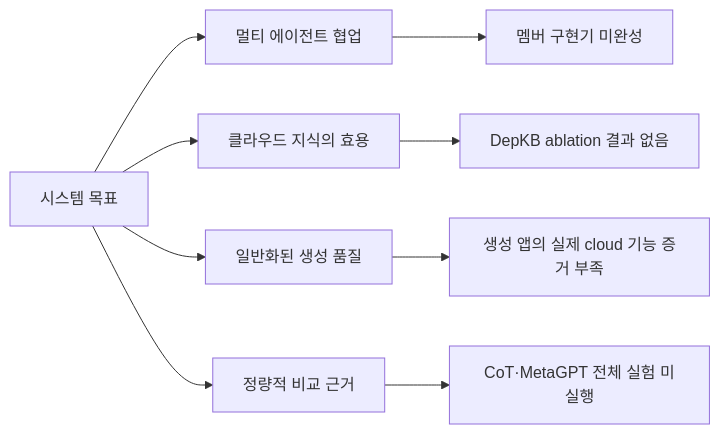
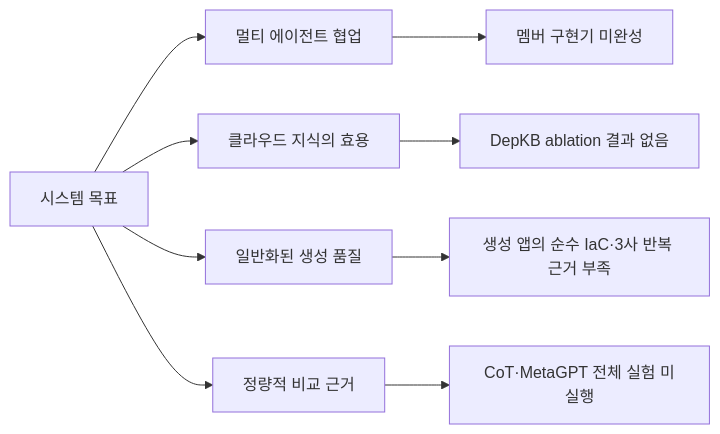
One commit to PNU-capstone-2026-17/easydep changed the third of 3 diagrams in docs/current-system-status.md. Above: the diagram before and after it, drawn with Mermaid. The commit also changed other lines of this file and 414 other files, not shown here.

````diff
--- a/docs/current-system-status.md
+++ b/docs/current-system-status.md
@@ -144,12 +183,12 @@
 ```mermaid
 flowchart LR
     G[시스템 목표] --> G1[멀티 에이전트 협업]
     G --> G2[클라우드 지식의 효용]
     G --> G3[일반화된 생성 품질]
     G --> G4[정량적 비교 근거]
 
     G1 --> X1[멤버 구현기 미완성]
     G2 --> X2[DepKB ablation 결과 없음]
-    G3 --> X3[생성 앱의 실제 cloud 기능 증거 부족]
+    G3 --> X3[생성 앱의 순수 IaC·3사 반복 근거 부족]
     G4 --> X4[CoT·MetaGPT 전체 실험 미실행]
 ```
````
